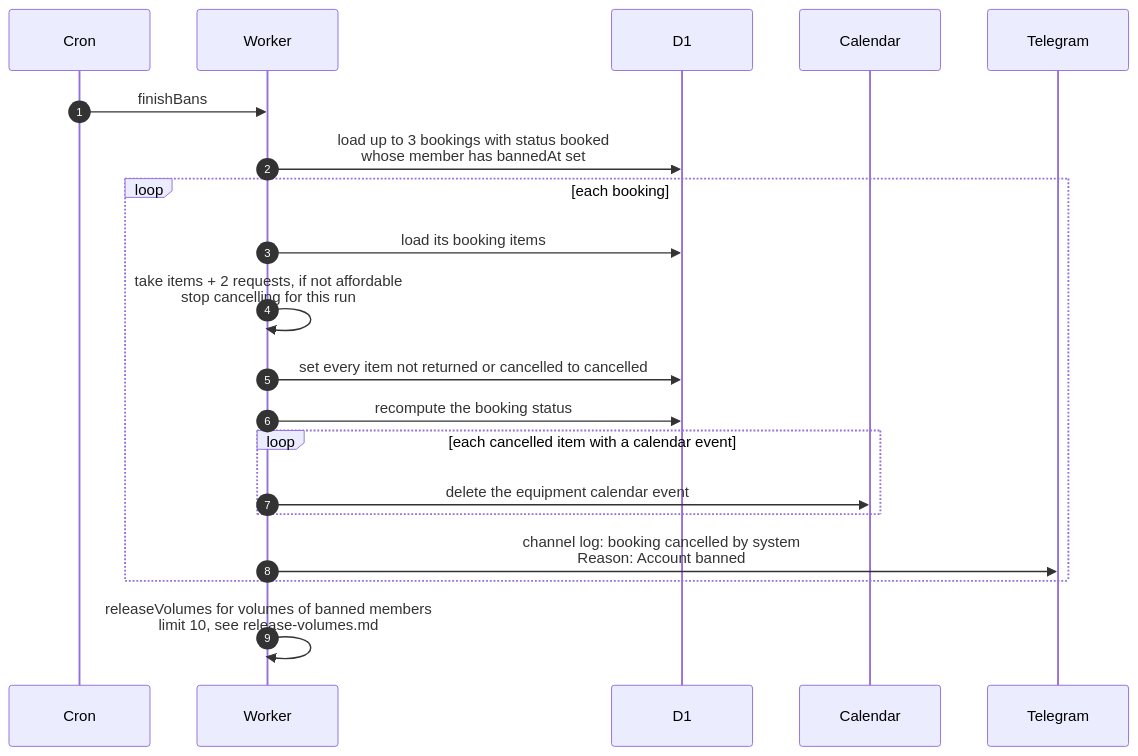
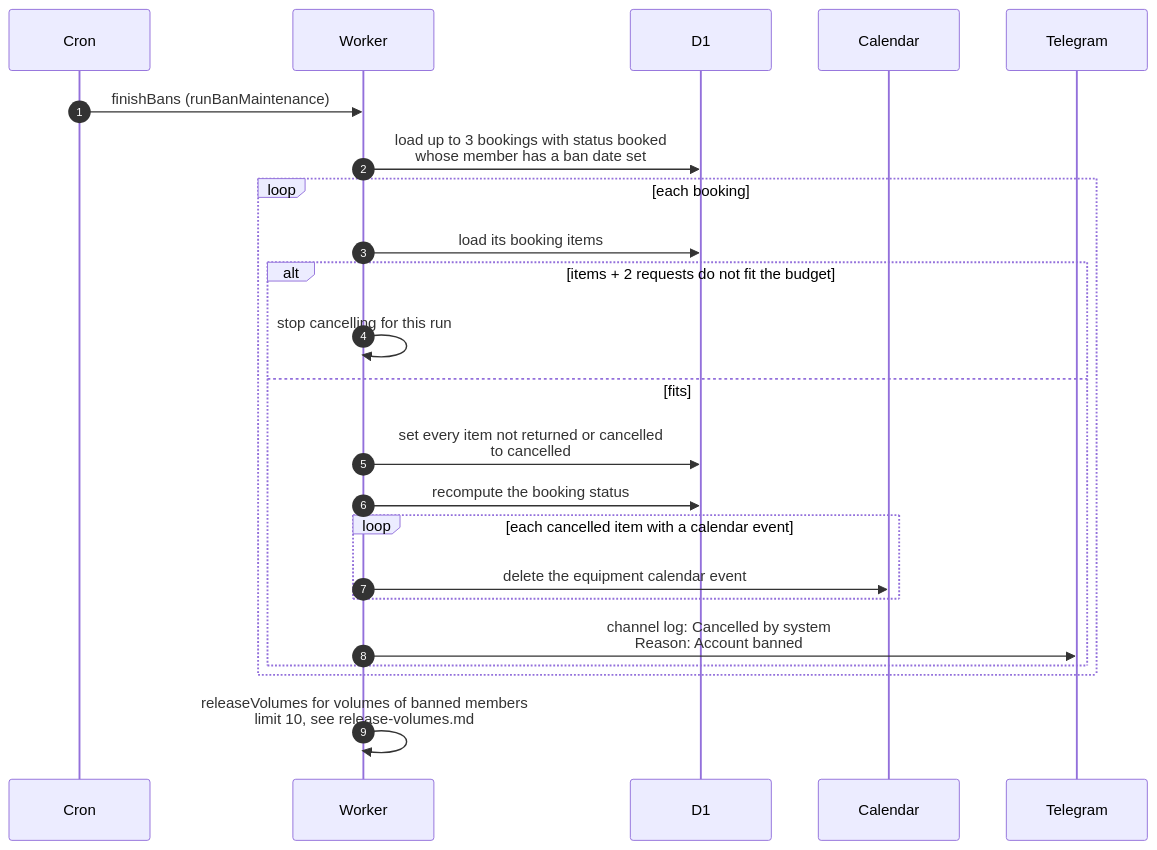
Before and after one commit to sagyzdop/meriksirat: the diagram in docs/scenarios/cron/flamekeepers/ban-cleanup.md, drawn with Mermaid. The commit also changed other lines of this file and 10 other files, not shown here.

Commit message:
docs(scenarios): verify cron/flamekeepers diagrams against code

````diff
--- a/docs/scenarios/cron/flamekeepers/ban-cleanup.md
+++ b/docs/scenarios/cron/flamekeepers/ban-cleanup.md
@@ -34,23 +34,26 @@
 ```mermaid
 sequenceDiagram
     autonumber
     participant Cron
     participant Worker
     participant D1
     participant Calendar
     participant Telegram
 
-    Cron->>Worker: finishBans
-    Worker->>D1: load up to 3 bookings with status booked<br/>whose member has bannedAt set
+    Cron->>Worker: finishBans (runBanMaintenance)
+    Worker->>D1: load up to 3 bookings with status booked<br/>whose member has a ban date set
     loop each booking
         Worker->>D1: load its booking items
-        Worker->>Worker: take items + 2 requests, if not affordable<br/>stop cancelling for this run
-        Worker->>D1: set every item not returned or cancelled to cancelled
-        Worker->>D1: recompute the booking status
-        loop each cancelled item with a calendar event
-            Worker->>Calendar: delete the equipment calendar event
+        alt items + 2 requests do not fit the budget
+            Worker->>Worker: stop cancelling for this run
+        else fits
+            Worker->>D1: set every item not returned or cancelled<br/>to cancelled
+            Worker->>D1: recompute the booking status
+            loop each cancelled item with a calendar event
+                Worker->>Calendar: delete the equipment calendar event
+            end
+            Worker->>Telegram: channel log: Cancelled by system<br/>Reason: Account banned
         end
-        Worker->>Telegram: channel log: booking cancelled by system<br/>Reason: Account banned
     end
     Worker->>Worker: releaseVolumes for volumes of banned members<br/>limit 10, see release-volumes.md
 ```
````
